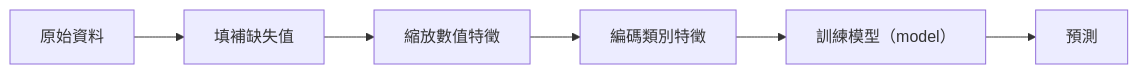
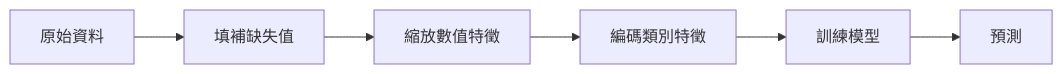
Before and after one commit to edward821220/ai-engineering-from-scratch: the first of 2 diagrams in i18n/zh-TW/phases/02-ml-fundamentals/13-ml-pipelines/docs/zh-TW.md, drawn with Mermaid. The commit also changed other lines of this file and 123 other files, not shown here.

````diff
--- a/i18n/zh-TW/phases/02-ml-fundamentals/13-ml-pipelines/docs/zh-TW.md
+++ b/i18n/zh-TW/phases/02-ml-fundamentals/13-ml-pipelines/docs/zh-TW.md
@@ -31,8 +31,8 @@
 ```mermaid
 flowchart LR
     A[原始資料] --> B[填補缺失值]
     B --> C[縮放數值特徵]
     C --> D[編碼類別特徵]
-    D --> E[訓練模型（model）]
+    D --> E[訓練模型]
     E --> F[預測]
 ```
````
